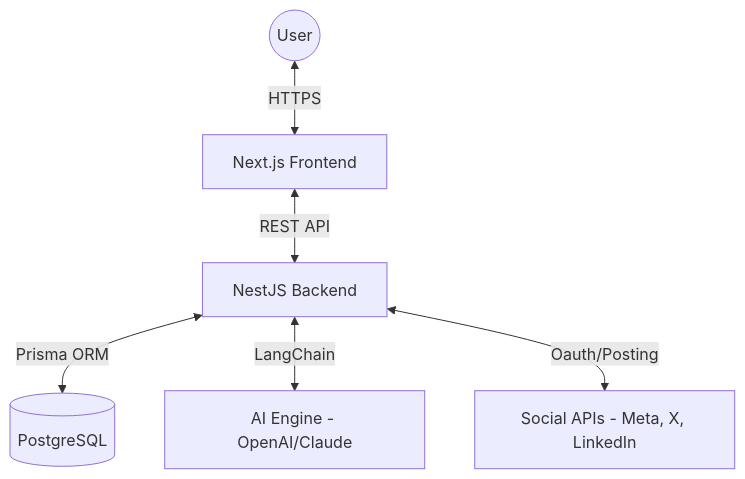
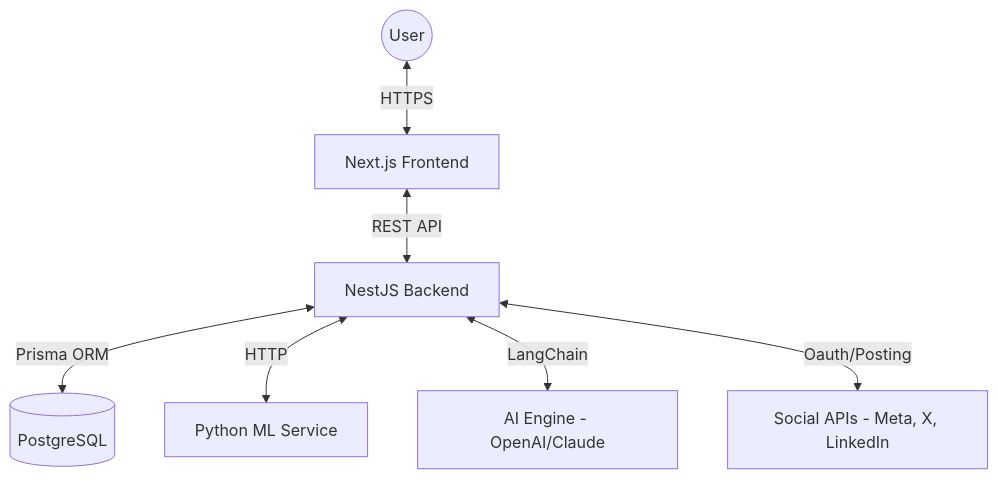
The diagram in README.md (gekkin-programmer/FrontendEasy), drawn with Mermaid before and after one commit. The commit also changed other lines of this file and 2 other files, not shown here.

````diff
--- a/README.md
+++ b/README.md
@@ -22,15 +22,17 @@
 ```mermaid
 graph TD
     User((User))
     Web[Next.js Frontend]
     API[NestJS Backend]
+    ML[Python ML Service]
     DB[(PostgreSQL)]
     AI[AI Engine - OpenAI/Claude]
     Social[Social APIs - Meta, X, LinkedIn]
 
     User <-->|HTTPS| Web
     Web <-->|REST API| API
     API <-->|Prisma ORM| DB
+    API <-->|HTTP| ML
     API <-->|LangChain| AI
     API <-->|Oauth/Posting| Social
 ```
````
